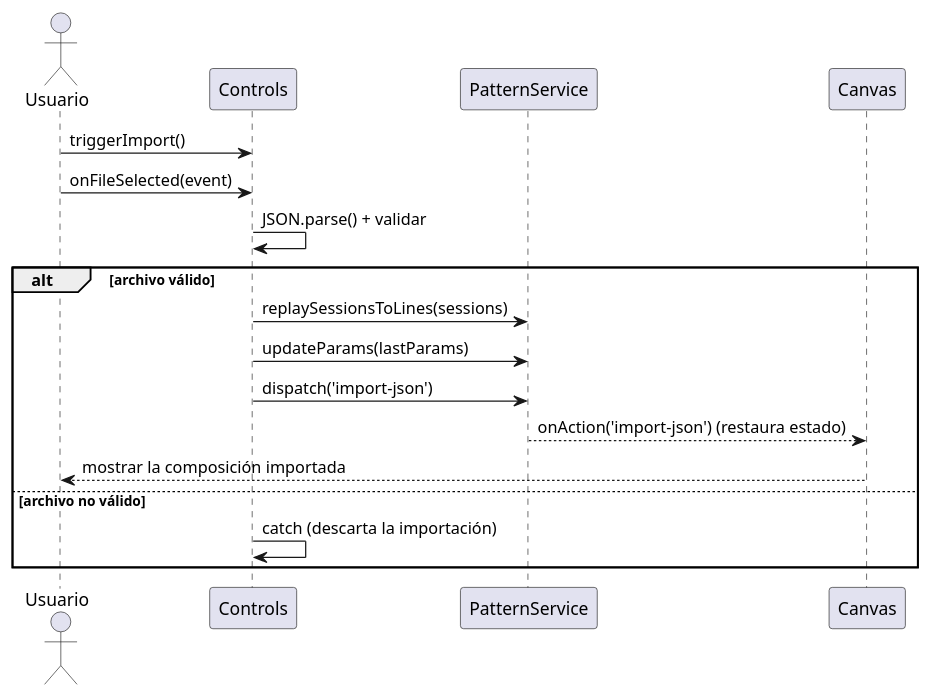
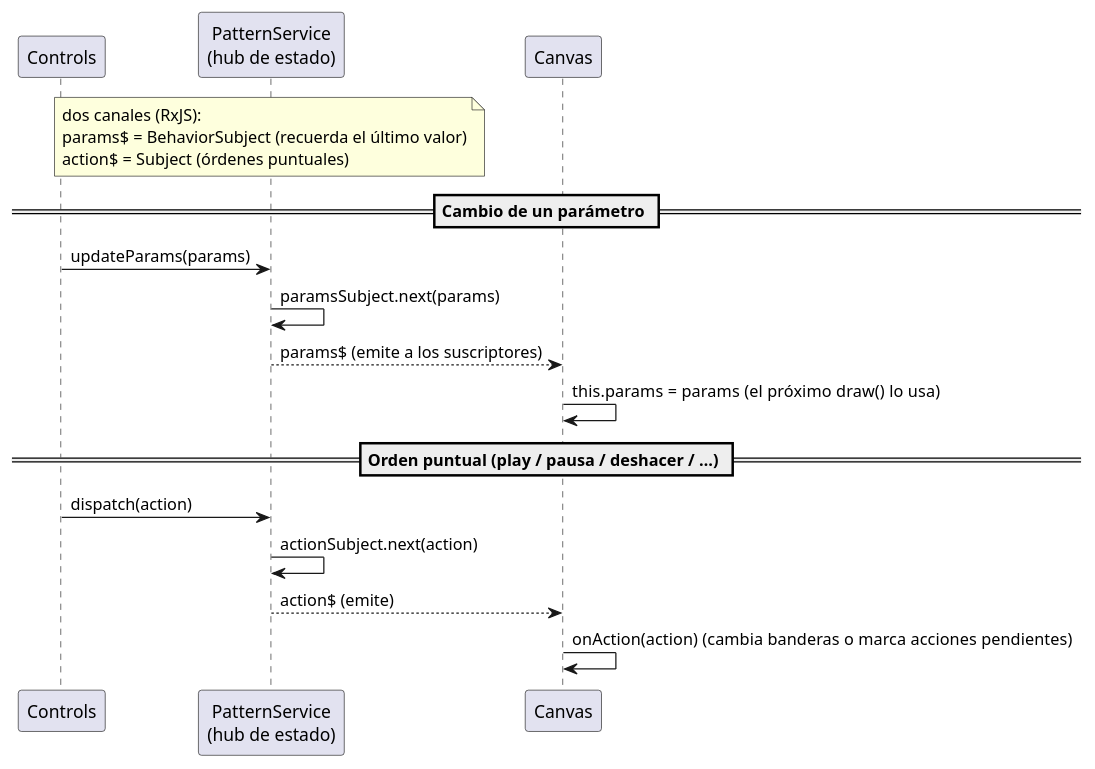
One commit to IgnacioMol/Epicycloid_generator changed the fifth of 5 diagrams in claude/memoria-cap5-diseno.md. Above: the diagram before and after it, drawn with PlantUML. The commit also changed other lines of this file and 1 other file, not shown here.

````diff
--- a/claude/memoria-cap5-diseno.md
+++ b/claude/memoria-cap5-diseno.md
@@ -205,22 +211,21 @@
 ```plantuml
-@startuml SecImportarPatronDiseno
-actor Usuario
+@startuml SecComunicacionReactiva
 participant "Controls" as C
-participant "PatternService" as PS
+participant "PatternService\n(hub de estado)" as PS
 participant "Canvas" as CV
 
-Usuario -> C : triggerImport()
-Usuario -> C : onFileSelected(event)
-C -> C : JSON.parse() + validar
+note over PS : dos canales (RxJS):\nparams$ = BehaviorSubject (recuerda el último valor)\naction$ = Subject (órdenes puntuales)
 
-alt archivo válido
-  C -> PS : replaySessionsToLines(sessions)
-  C -> PS : updateParams(lastParams)
-  C -> PS : dispatch('import-json')
-  PS --> CV : onAction('import-json') (restaura estado)
-  CV --> Usuario : mostrar la composición importada
-else archivo no válido
-  C -> C : catch (descarta la importación)
-end
+== Cambio de un parámetro ==
+C -> PS : updateParams(params)
+PS -> PS : paramsSubject.next(params)
+PS --> CV : params$ (emite a los suscriptores)
+CV -> CV : this.params = params  (el próximo draw() lo usa)
+
+== Orden puntual (play / pausa / deshacer / …) ==
+C -> PS : dispatch(action)
+PS -> PS : actionSubject.next(action)
+PS --> CV : action$ (emite)
+CV -> CV : onAction(action)  (cambia banderas o marca acciones pendientes)
 @enduml
 ```
````
